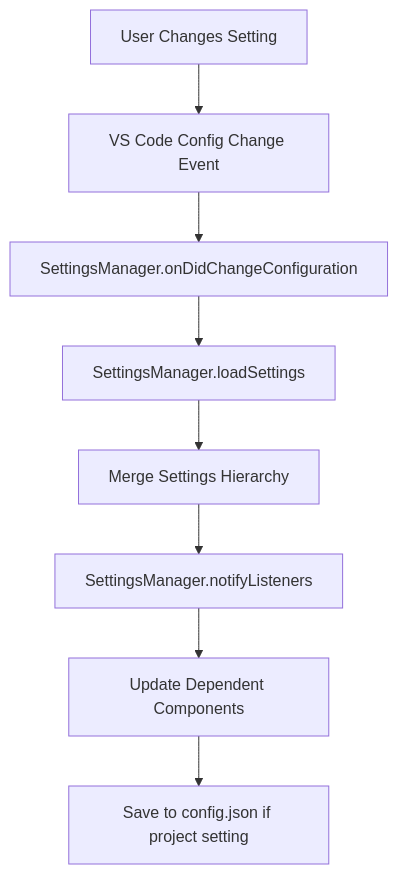
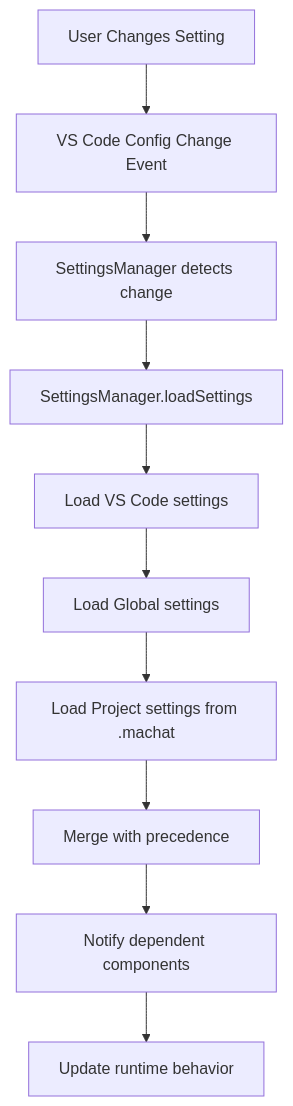
The second of 7 diagrams in docs/CODE_FLOWS.md (craig-yappert/multi-agent-chat-extension), drawn with Mermaid before and after one commit. The commit also changed other lines of this file, not shown here.

First line of the commit message:
docs: Rewrite CODE_FLOWS.md for concept-focused accuracy (v1.13.0)

````diff
--- a/docs/CODE_FLOWS.md
+++ b/docs/CODE_FLOWS.md
@@ -57,10 +68,12 @@
 ```mermaid
 graph TD
     A[User Changes Setting] --> B[VS Code Config Change Event]
-    B --> C[SettingsManager.onDidChangeConfiguration]
+    B --> C[SettingsManager detects change]
     C --> D[SettingsManager.loadSettings]
-    D --> E[Merge Settings Hierarchy]
-    E --> F[SettingsManager.notifyListeners]
-    F --> G[Update Dependent Components]
-    G --> H[Save to config.json if project setting]
+    D --> E[Load VS Code settings]
+    E --> F[Load Global settings]
+    F --> G[Load Project settings from .machat]
+    G --> H[Merge with precedence]
+    H --> I[Notify dependent components]
+    I --> J[Update runtime behavior]
 ```
````
